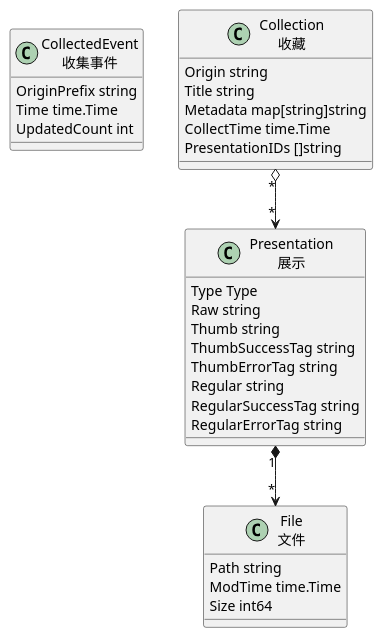
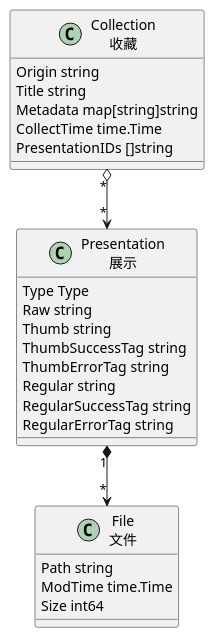
Before and after one commit to WuLiFang/csheet: the diagram in docs/server/models.rst, drawn with PlantUML. The commit also changed other lines of this file and 36 other files, not shown here.

First line of the commit message:
feat!: replace CollectedEvent with CollectResult

```diff
--- a/docs/server/models.rst
+++ b/docs/server/models.rst
@@ -5,34 +5,28 @@
 .. uml::
-
-  class "CollectedEvent\n收集事件" as CollectLogEvent {
-    OriginPrefix string
-    Time time.Time
-    UpdatedCount int
-  }
 
   class "Collection\n收藏" as Collection {
     Origin string
     Title string
     Metadata map[string]string
     CollectTime time.Time
     PresentationIDs []string
   }
 
   class "File\n文件" as File {
     Path string
     ModTime time.Time
     Size int64
   }
 
   class "Presentation\n展示" as Presentation {
     Type Type
     Raw string
     Thumb string
     ThumbSuccessTag string
     ThumbErrorTag string
     Regular string 
     RegularSuccessTag string
     RegularErrorTag string
   }
   Presentation "1" *--> "*" File
   Collection "*" o--> "*" Presentation
```
